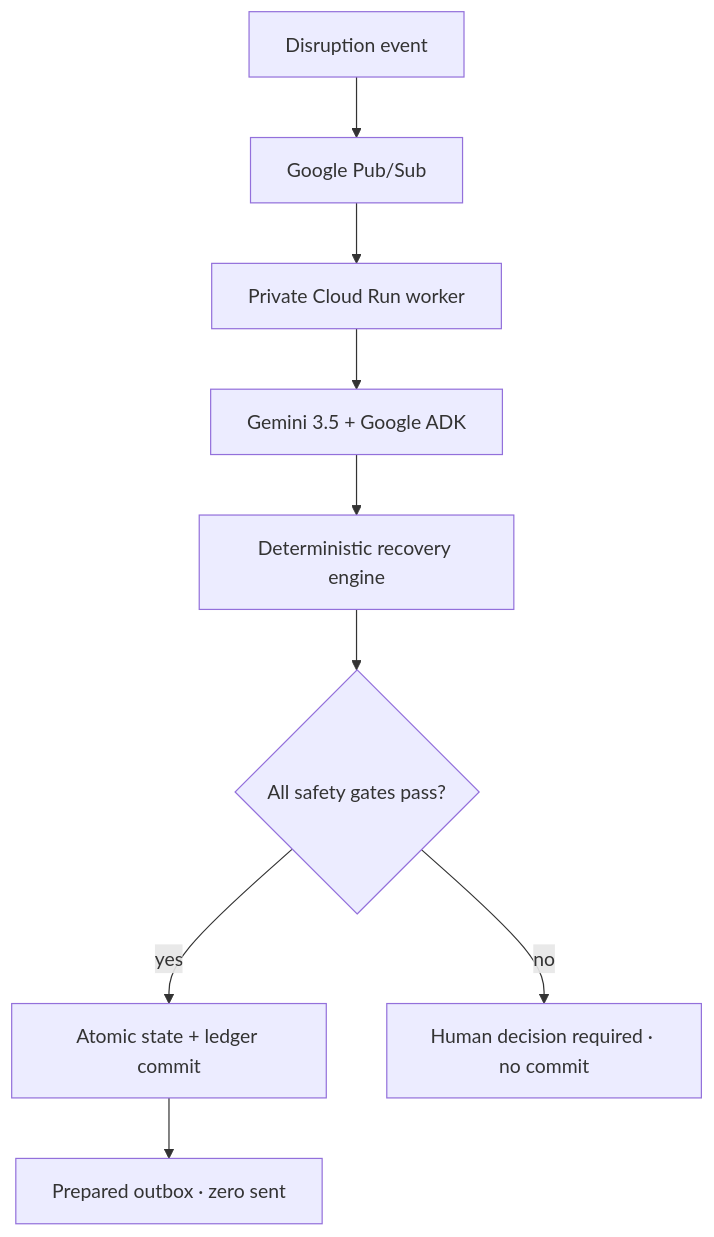
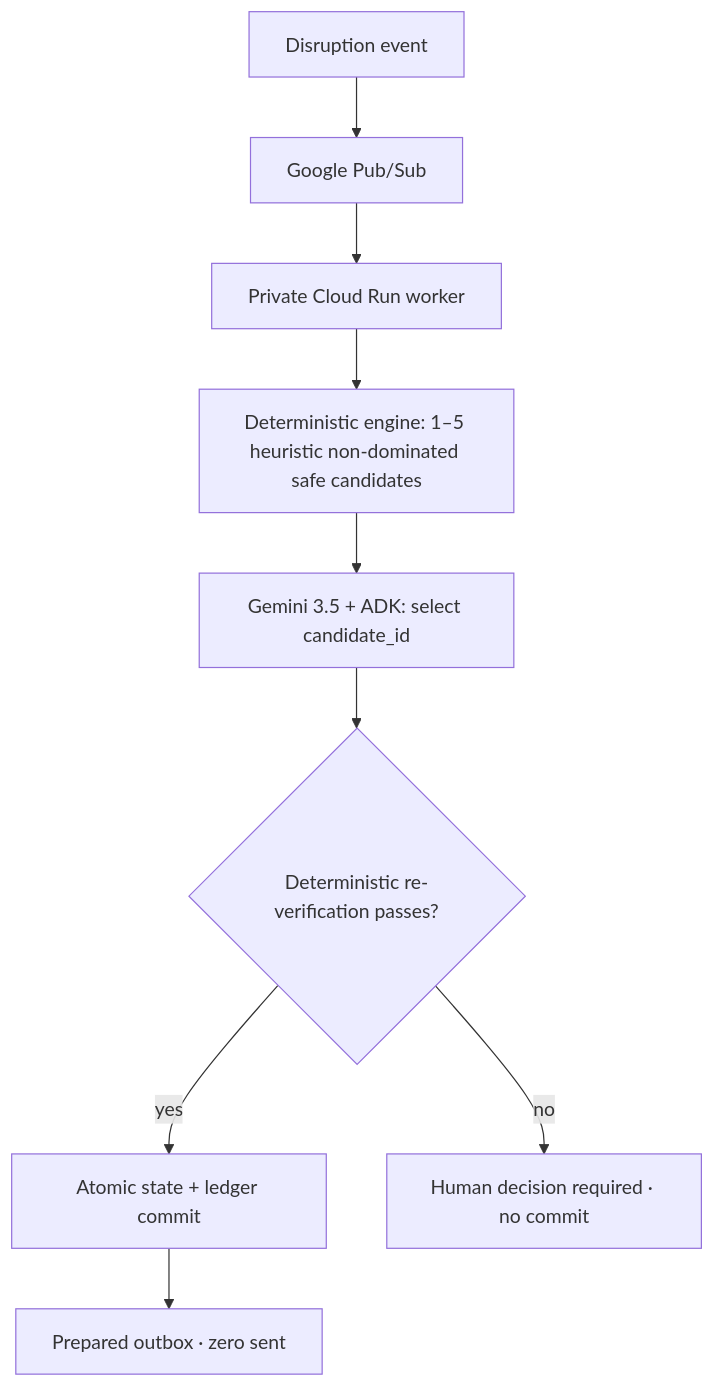
One commit to rarescos-pixel/places-again changed the diagram in README.md. Above: the diagram before and after it, drawn with Mermaid. The commit also changed other lines of this file and 38 other files, not shown here.

Commit message:
Add bounded Gemini recovery decisions and finalist evidence

````diff
--- a/README.md
+++ b/README.md
@@ -43,11 +50,11 @@
 ```mermaid
 flowchart TD
     I["Disruption event"] --> P["Google Pub/Sub"]
     P --> W["Private Cloud Run worker"]
-    W --> G["Gemini 3.5 + Google ADK"]
-    G --> E["Deterministic recovery engine"]
-    E --> S{"All safety gates pass?"}
+    W --> E["Deterministic engine: 1–5 heuristic non-dominated safe candidates"]
+    E --> G["Gemini 3.5 + ADK: select candidate_id"]
+    G --> S{"Deterministic re-verification passes?"}
     S -->|yes| C["Atomic state + ledger commit"]
     C --> O["Prepared outbox · zero sent"]
     S -->|no| H["Human decision required · no commit"]
 ```
````
